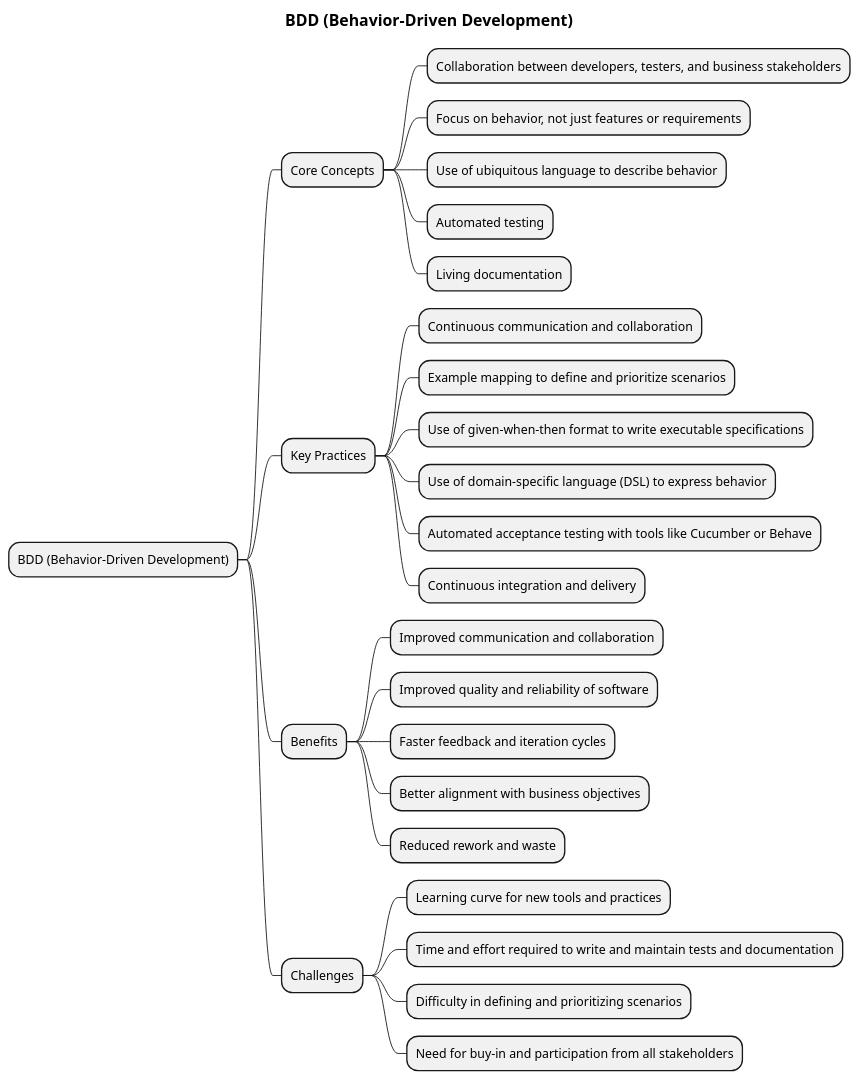
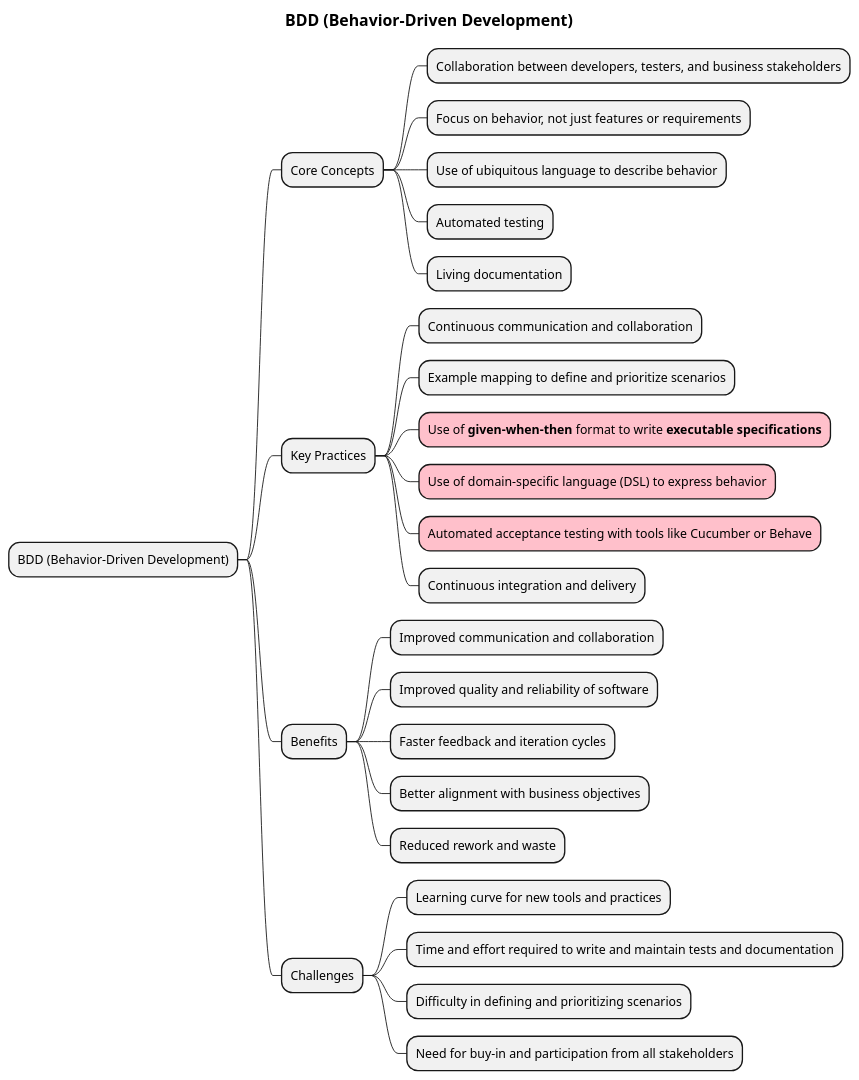
Before and after one commit to MehmoodHashmi/Documentation-as-Code-DaC: the diagram in docs/books/1-books-backlog/software-testing/BDD/BDD-(Behavior-Driven-Development).puml, drawn with PlantUML. The commit also changed 12 other files, not shown here.

Commit message:
added new mindmaps

```diff
--- a/docs/books/1-books-backlog/software-testing/BDD/BDD-(Behavior-Driven-Development).puml
+++ b/docs/books/1-books-backlog/software-testing/BDD/BDD-(Behavior-Driven-Development).puml
@@ -1,29 +1,29 @@
 @startmindmap
 title = BDD (Behavior-Driven Development)
 
 * BDD (Behavior-Driven Development)
 ** Core Concepts
 *** Collaboration between developers, testers, and business stakeholders
 *** Focus on behavior, not just features or requirements
 *** Use of ubiquitous language to describe behavior
 *** Automated testing
 *** Living documentation
 ** Key Practices
 *** Continuous communication and collaboration
 *** Example mapping to define and prioritize scenarios
-*** Use of given-when-then format to write executable specifications
-*** Use of domain-specific language (DSL) to express behavior
-*** Automated acceptance testing with tools like Cucumber or Behave
+***[#pink] Use of **given-when-then** format to write **executable specifications**
+***[#pink] Use of domain-specific language (DSL) to express behavior
+***[#pink] Automated acceptance testing with tools like Cucumber or Behave
 *** Continuous integration and delivery
 ** Benefits
 *** Improved communication and collaboration
 *** Improved quality and reliability of software
 *** Faster feedback and iteration cycles
 *** Better alignment with business objectives
 *** Reduced rework and waste
 ** Challenges
 *** Learning curve for new tools and practices
 *** Time and effort required to write and maintain tests and documentation
 *** Difficulty in defining and prioritizing scenarios
 *** Need for buy-in and participation from all stakeholders
 @endmindmap
```
